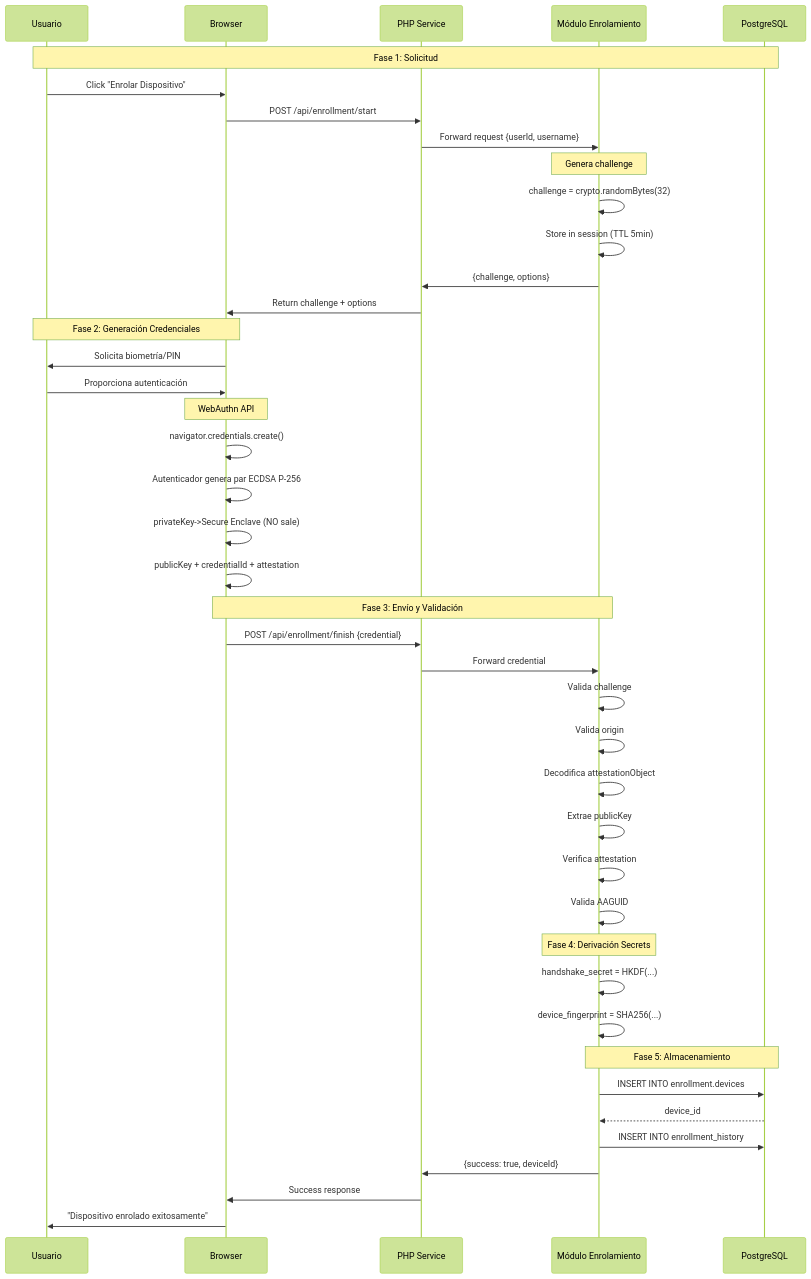
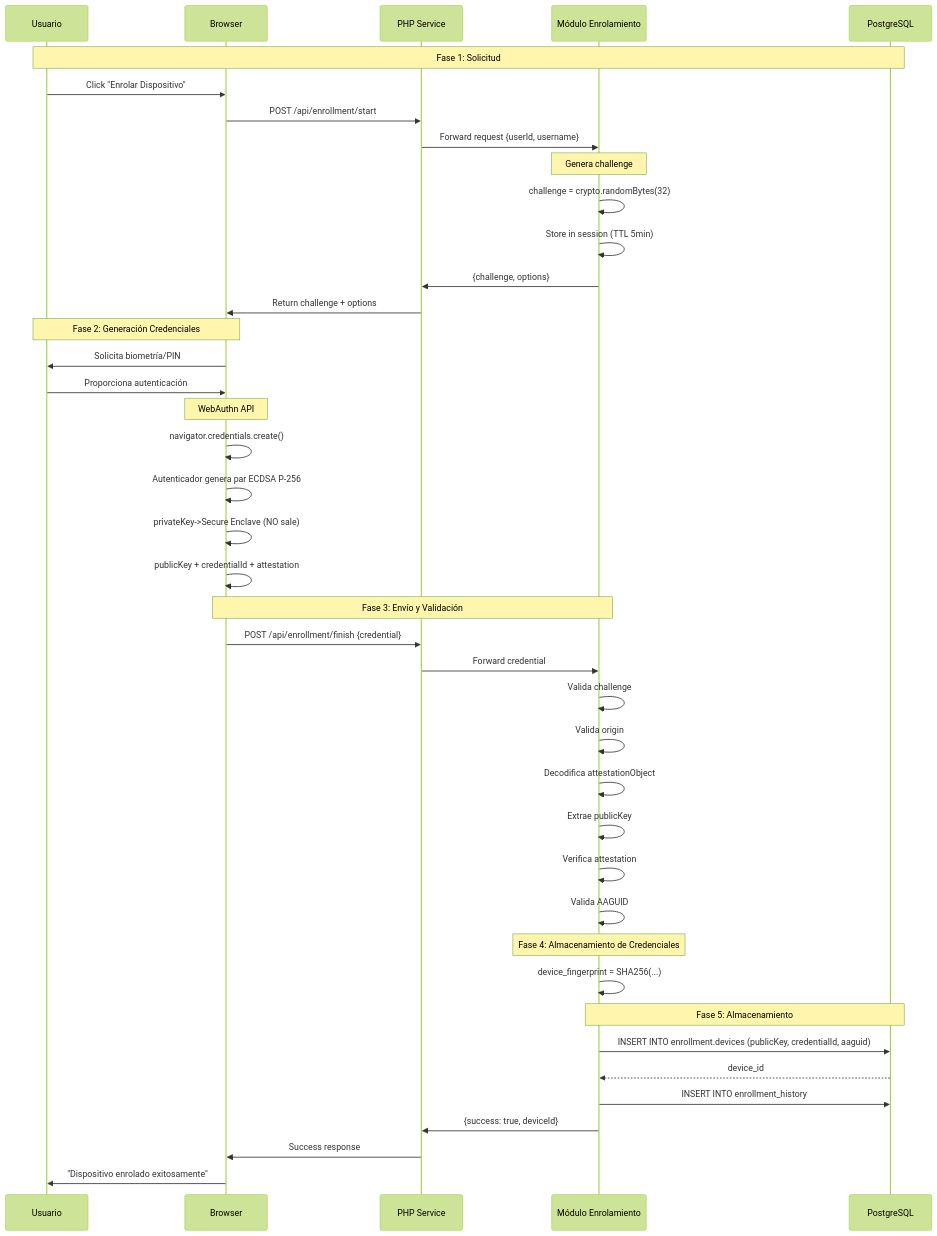
One commit to Ragnarsss/capstone-backend changed the first of 8 diagrams in documents/03-especificaciones-tecnicas/06-diagramas-secuencia.md. Above: the diagram before and after it, drawn with Mermaid (forest theme). The commit also changed other lines of this file and 4 other files, not shown here.

````diff
--- a/documents/03-especificaciones-tecnicas/06-diagramas-secuencia.md
+++ b/documents/03-especificaciones-tecnicas/06-diagramas-secuencia.md
@@ -18,53 +18,52 @@
 ```mermaid
 sequenceDiagram
     participant U as Usuario
     participant B as Browser
     participant P as PHP Service
     participant E as Módulo Enrolamiento
     participant DB as PostgreSQL
 
     Note over U,DB: Fase 1: Solicitud
     U->>B: Click "Enrolar Dispositivo"
     B->>P: POST /api/enrollment/start
     P->>E: Forward request {userId, username}
     
     Note over E: Genera challenge
     E->>E: challenge = crypto.randomBytes(32)
     E->>E: Store in session (TTL 5min)
     E->>P: {challenge, options}
     P->>B: Return challenge + options
 
     Note over B,U: Fase 2: Generación Credenciales
     B->>U: Solicita biometría/PIN
     U->>B: Proporciona autenticación
     
     Note over B: WebAuthn API
     B->>B: navigator.credentials.create()
     B->>B: Autenticador genera par ECDSA P-256
     B->>B: privateKey->Secure Enclave (NO sale)
     B->>B: publicKey + credentialId + attestation
 
     Note over B,E: Fase 3: Envío y Validación
     B->>P: POST /api/enrollment/finish {credential}
     P->>E: Forward credential
     
     E->>E: Valida challenge
     E->>E: Valida origin
     E->>E: Decodifica attestationObject
     E->>E: Extrae publicKey
     E->>E: Verifica attestation
     E->>E: Valida AAGUID
     
-    Note over E: Fase 4: Derivación Secrets
-    E->>E: handshake_secret = HKDF(...)
+    Note over E: Fase 4: Almacenamiento de Credenciales
     E->>E: device_fingerprint = SHA256(...)
 
     Note over E,DB: Fase 5: Almacenamiento
-    E->>DB: INSERT INTO enrollment.devices
+    E->>DB: INSERT INTO enrollment.devices (publicKey, credentialId, aaguid)
     DB-->>E: device_id
     E->>DB: INSERT INTO enrollment_history
     
     E->>P: {success: true, deviceId}
     P->>B: Success response
     B->>U: "Dispositivo enrolado exitosamente"
 ```
````
